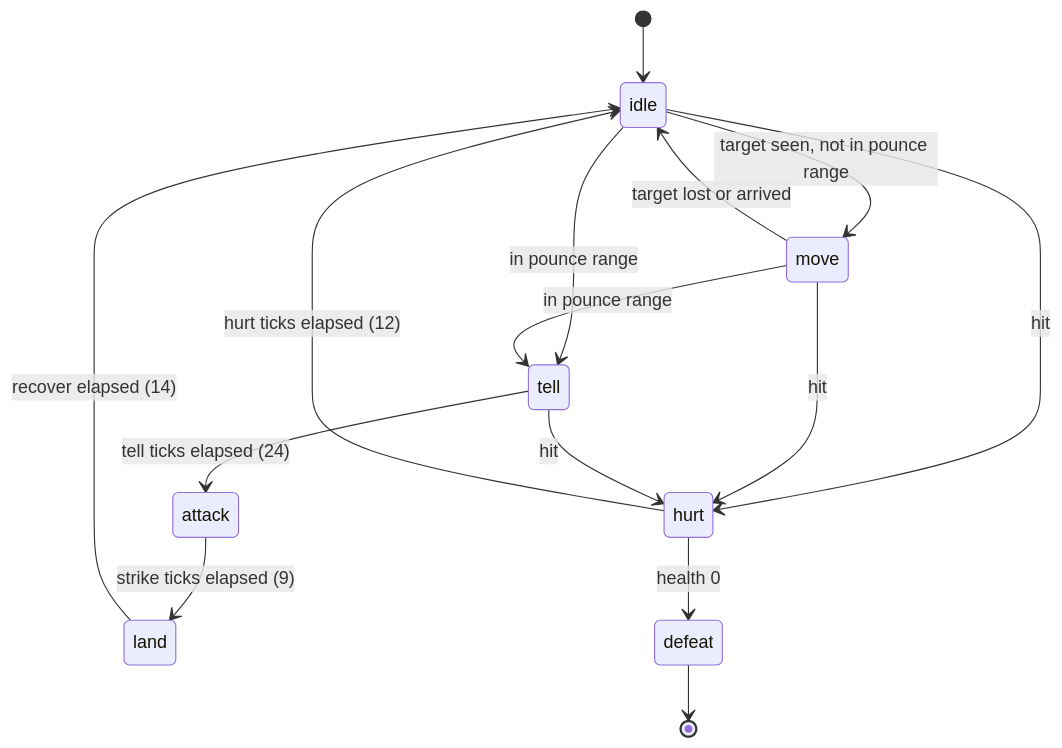
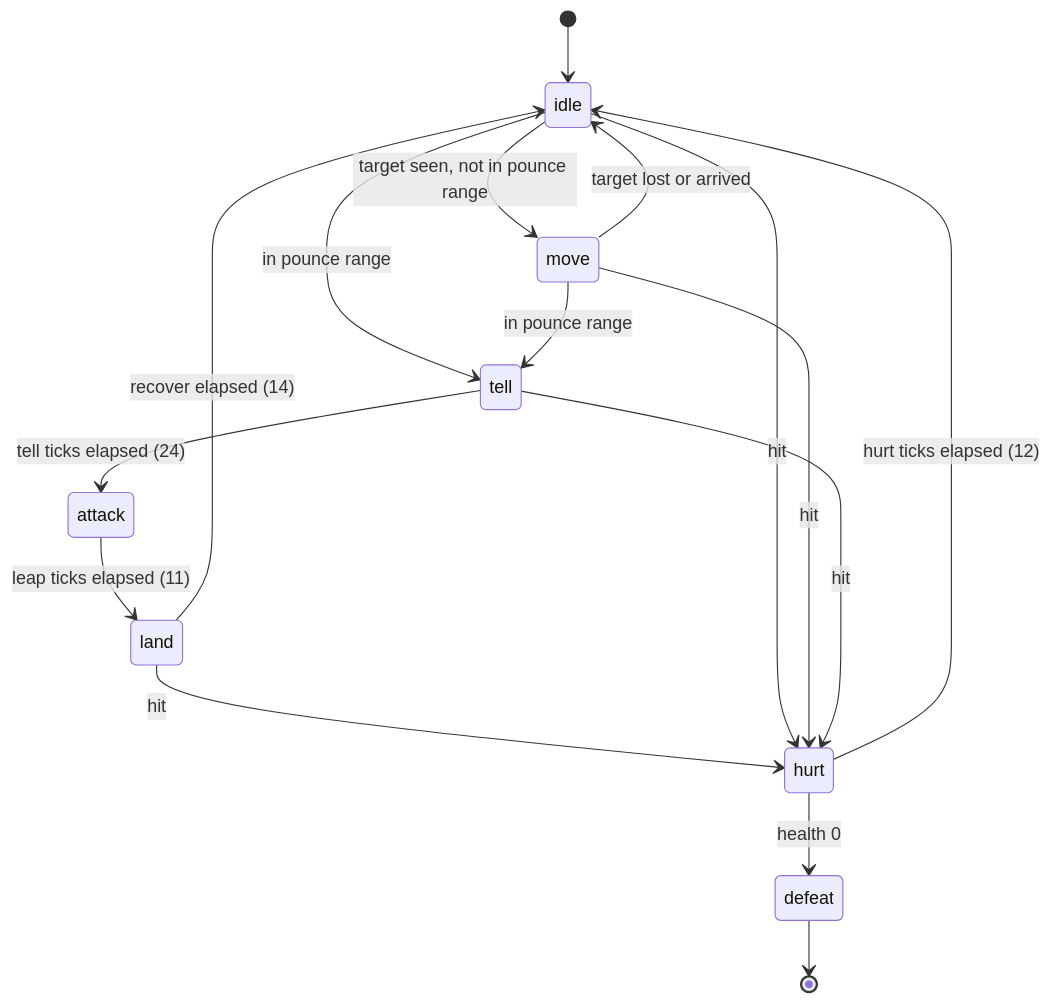
One commit to pando85/dungeon-floorbreak changed the diagram in docs/02-art/trog-01-spec.md. Above: the diagram before and after it, drawn with Mermaid. The commit also changed other lines of this file and 23 other files, not shown here.

````diff
--- a/docs/02-art/trog-01-spec.md
+++ b/docs/02-art/trog-01-spec.md
@@ -190,17 +200,18 @@
 ```mermaid
 stateDiagram-v2
     [*] --> idle
     idle --> move: target seen, not in pounce range
     move --> idle: target lost or arrived
     idle --> tell: in pounce range
     move --> tell: in pounce range
     tell --> attack: tell ticks elapsed (24)
-    attack --> land: strike ticks elapsed (9)
+    attack --> land: leap ticks elapsed (11)
     land --> idle: recover elapsed (14)
+    land --> hurt: hit
     idle --> hurt: hit
     move --> hurt: hit
     tell --> hurt: hit
     hurt --> idle: hurt ticks elapsed (12)
     hurt --> defeat: health 0
     defeat --> [*]
 ```
````
